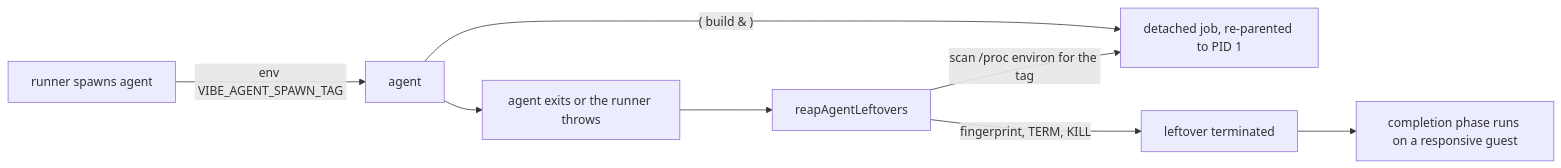
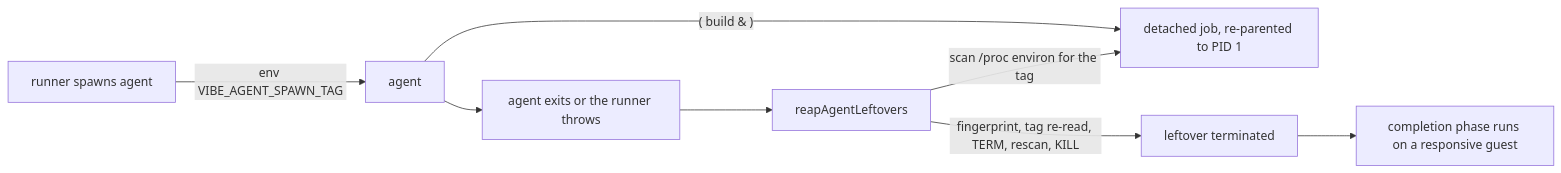
Before and after one commit to stSoftwareAU/VibeCoder: the diagram in docs/archive/pr-summaries/pr-summary-4815.md, drawn with Mermaid. The commit also changed other lines of this file and 3 other files, not shown here.

First line of the commit message:
Bind leftover identity to a tag read and reap children born during the pass (PR #5337)

````diff
--- a/docs/archive/pr-summaries/pr-summary-4815.md
+++ b/docs/archive/pr-summaries/pr-summary-4815.md
@@ -74,10 +94,10 @@
 ```mermaid
 flowchart LR
     S[runner spawns agent] -->|env VIBE_AGENT_SPAWN_TAG| A[agent]
     A -->|"( build & )"| D[detached job, re-parented to PID 1]
     A --> X[agent exits or the runner throws]
     X --> R[reapAgentLeftovers]
     R -->|scan /proc environ for the tag| D
-    R -->|fingerprint, TERM, KILL| K[leftover terminated]
+    R -->|fingerprint, tag re-read, TERM, rescan, KILL| K[leftover terminated]
     K --> C[completion phase runs on a responsive guest]
 ```
````
